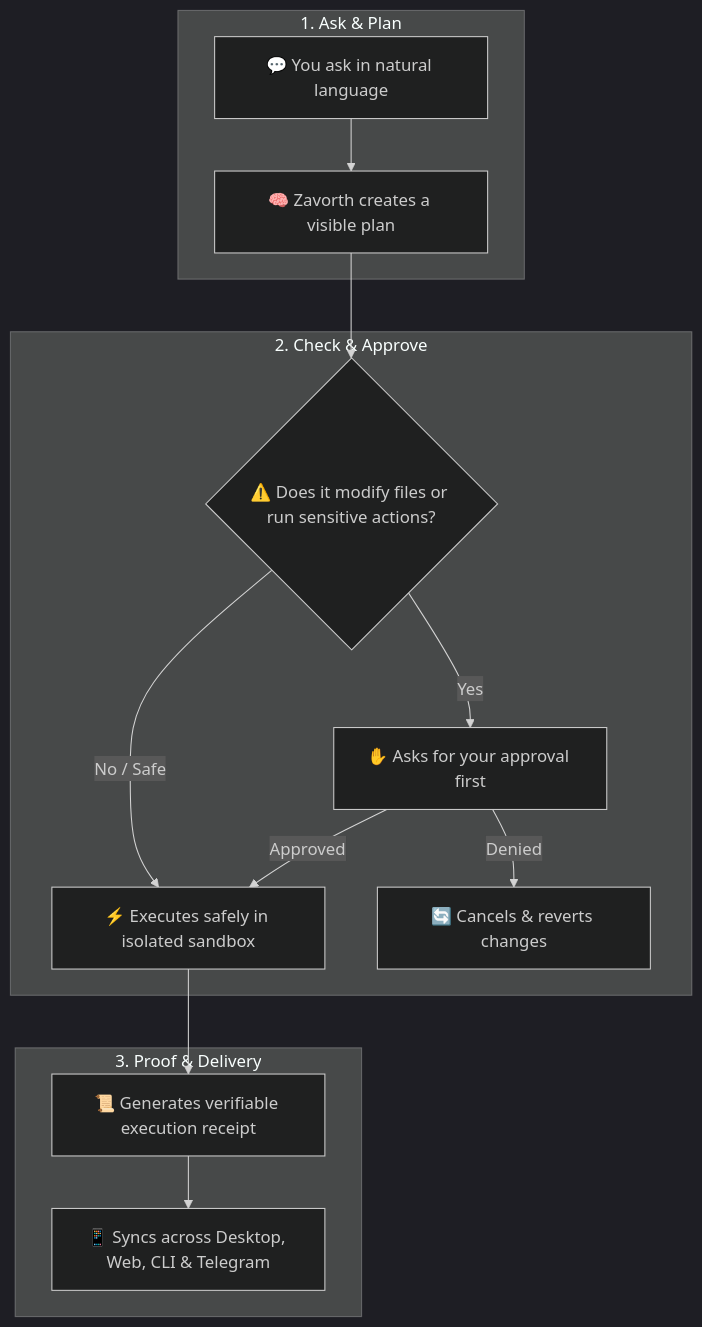
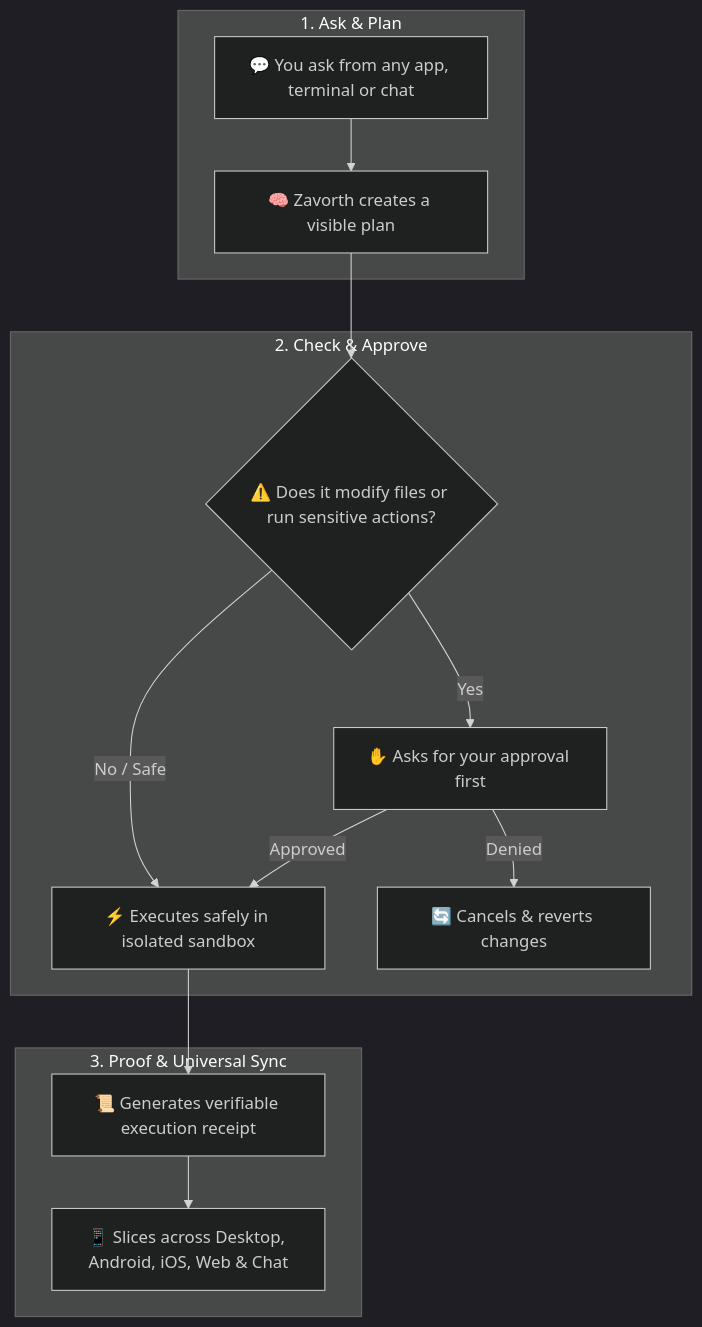
One commit to zavorth/zavorth changed the diagram in README.md. Above: the diagram before and after it, drawn with Mermaid (dark theme). The commit also changed other lines of this file, not shown here.

Commit message:
docs: accurately showcase full multi-platform ecosystem (Desktop, Android, iOS, watchOS, Web, Extension, CLI, Telegram, WhatsApp)

````diff
--- a/README.md
+++ b/README.md
@@ -75,19 +75,19 @@
 ```mermaid
 graph TD
     subgraph Step1["1. Ask & Plan"]
-        User["💬 You ask in natural language"] --> Planner["🧠 Zavorth creates a visible plan"]
+        User["💬 You ask from any app, terminal or chat"] --> Planner["🧠 Zavorth creates a visible plan"]
     end
 
     subgraph Step2["2. Check & Approve"]
         Planner --> Risk{"⚠️ Does it modify files or run sensitive actions?"}
         Risk -->|Yes| Approval["✋ Asks for your approval first"]
         Risk -->|No / Safe| Execute["⚡ Executes safely in isolated sandbox"]
         Approval -->|Approved| Execute
         Approval -->|Denied| Cancel["🔄 Cancels & reverts changes"]
     end
 
-    subgraph Step3["3. Proof & Delivery"]
+    subgraph Step3["3. Proof & Universal Sync"]
         Execute --> Receipt["📜 Generates verifiable execution receipt"]
-        Receipt --> Surfaces["📱 Syncs across Desktop, Web, CLI & Telegram"]
+        Receipt --> Surfaces["📱 Slices across Desktop, Android, iOS, Web & Chat"]
     end
 ```
````
